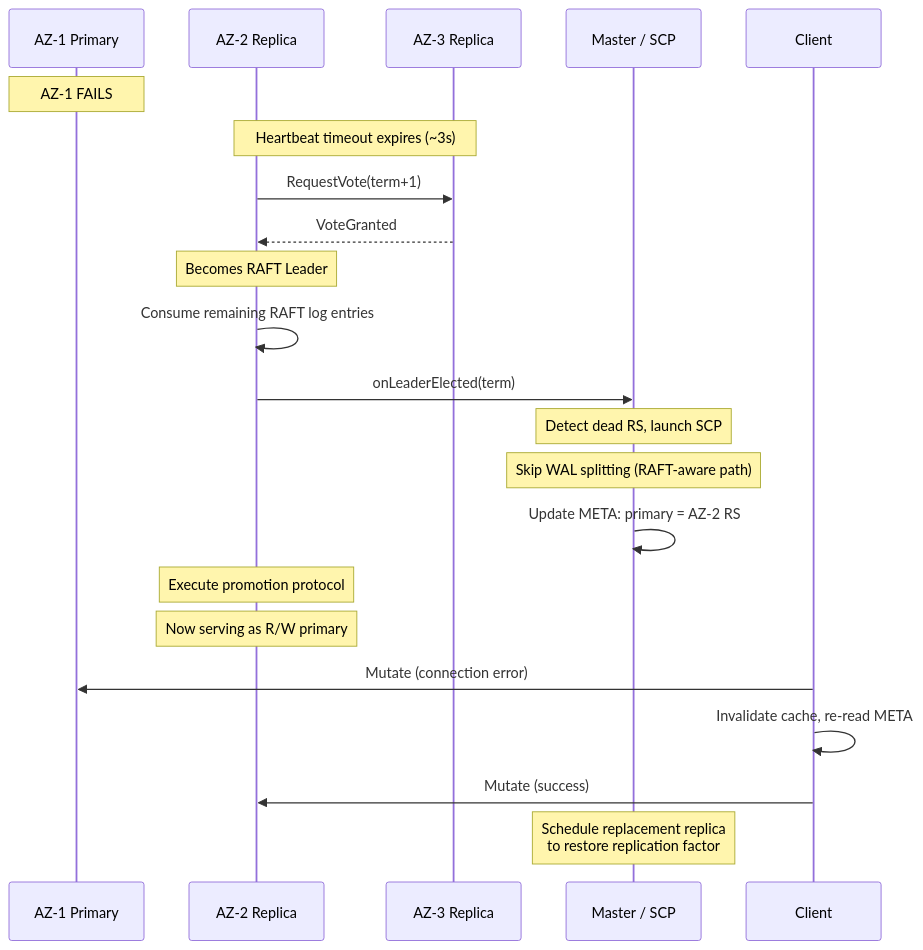
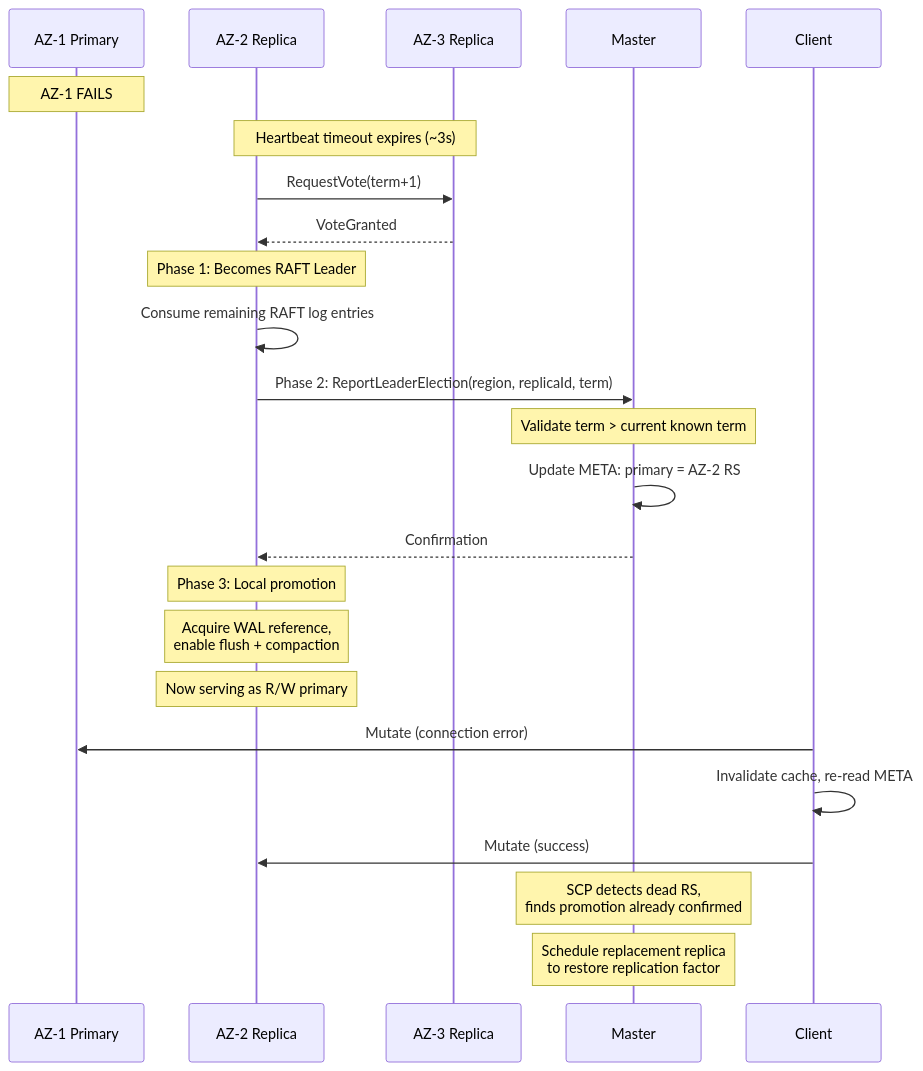
Diagram 13 of 17 in RAFT_REGION_REPLICAS.md (apurtell/hbase), drawn with Mermaid before and after one commit. The commit also changed other lines of this file and 10 other files, not shown here.

Commit message:
TLA+ RaftRegionReplica: WIP (refactor)

````diff
--- a/RAFT_REGION_REPLICAS.md
+++ b/RAFT_REGION_REPLICAS.md
@@ -853,32 +853,34 @@
 ```mermaid
 sequenceDiagram
     participant AZ1 as AZ-1 Primary
     participant AZ2 as AZ-2 Replica
     participant AZ3 as AZ-3 Replica
-    participant M as Master / SCP
+    participant M as Master
     participant C as Client
 
     Note over AZ1: AZ-1 FAILS
 
     Note over AZ2,AZ3: Heartbeat timeout expires (~3s)
 
     AZ2->>AZ3: RequestVote(term+1)
     AZ3-->>AZ2: VoteGranted
 
-    Note over AZ2: Becomes RAFT Leader
+    Note over AZ2: Phase 1: Becomes RAFT Leader
     AZ2->>AZ2: Consume remaining RAFT log entries
-    AZ2->>M: onLeaderElected(term)
 
-    Note over M: Detect dead RS, launch SCP
-    Note over M: Skip WAL splitting (RAFT-aware path)
+    AZ2->>M: Phase 2: ReportLeaderElection(region, replicaId, term)
+    Note over M: Validate term > current known term
     M->>M: Update META: primary = AZ-2 RS
+    M-->>AZ2: Confirmation
 
-    Note over AZ2: Execute promotion protocol
+    Note over AZ2: Phase 3: Local promotion
+    Note over AZ2: Acquire WAL reference,<br/>enable flush + compaction
     Note over AZ2: Now serving as R/W primary
 
     C->>AZ1: Mutate (connection error)
     C->>C: Invalidate cache, re-read META
     C->>AZ2: Mutate (success)
 
+    Note over M: SCP detects dead RS,<br/>finds promotion already confirmed
     Note over M: Schedule replacement replica<br/>to restore replication factor
 ```
````
